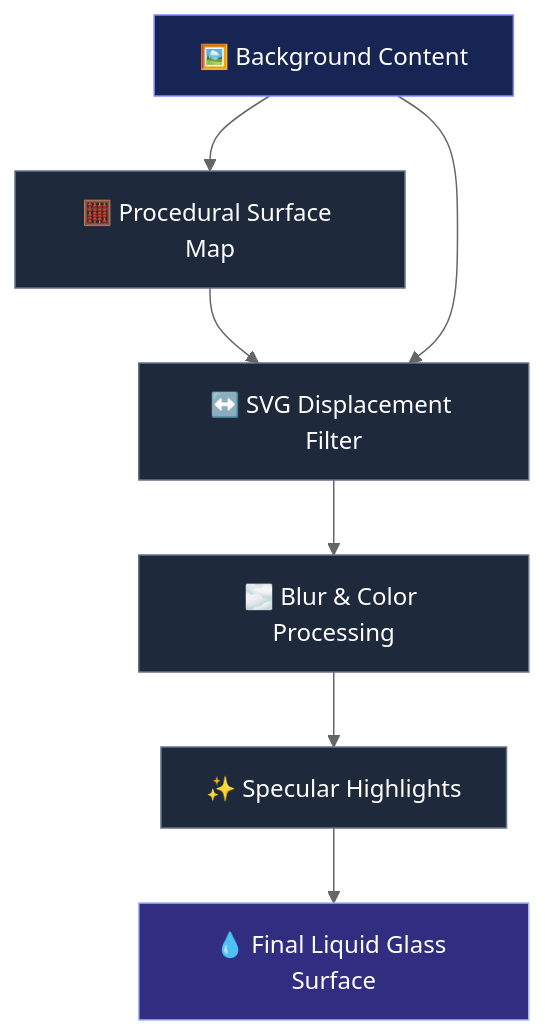
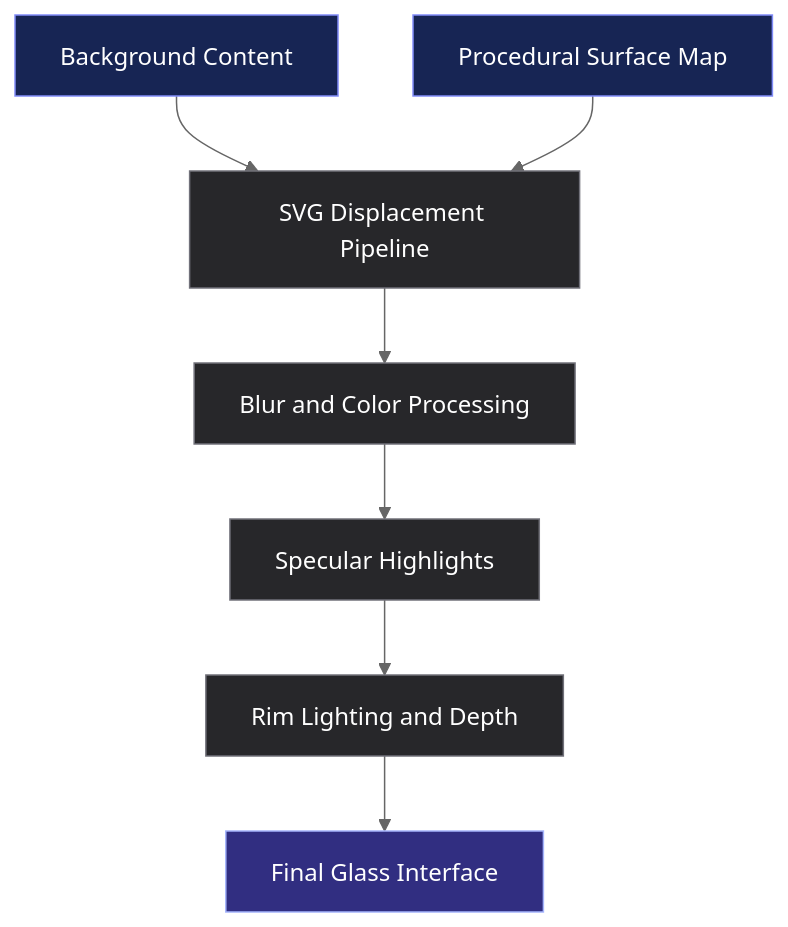
The diagram in README.md (tylonmademe-1/liquid-glass-studio), drawn with Mermaid (neutral theme) before and after one commit. The commit also changed other lines of this file, not shown here.

````diff
--- a/README.md
+++ b/README.md
@@ -163,17 +142,17 @@
-```mermaid
+```mermaid id="opticalpipeline"
 flowchart TD
-    A["🖼️ Background Content"] --> B["🧮 Procedural Surface Map"]
-    B --> C["↔️ SVG Displacement Filter"]
-    A --> C
-    C --> D["🌫️ Blur & Color Processing"]
-    D --> E["✨ Specular Highlights"]
-    E --> F["💧 Final Liquid Glass Surface"]
+    A["Background Content"] --> C["SVG Displacement Pipeline"]
+    B["Procedural Surface Map"] --> C
+    C --> D["Blur and Color Processing"]
+    D --> E["Specular Highlights"]
+    E --> F["Rim Lighting and Depth"]
+    F --> G["Final Glass Interface"]
 
-    classDef source fill:#172554,stroke:#818cf8,color:#ffffff
-    classDef process fill:#1e293b,stroke:#64748b,color:#ffffff
-    classDef output fill:#312e81,stroke:#a5b4fc,color:#ffffff
+    classDef input fill:#172554,stroke:#818cf8,color:#fff
+    classDef engine fill:#27272a,stroke:#71717a,color:#fff
+    classDef output fill:#312e81,stroke:#a5b4fc,color:#fff
 
-    class A source
-    class B,C,D,E process
-    class F output
+    class A,B input
+    class C,D,E,F engine
+    class G output
 ```
````
